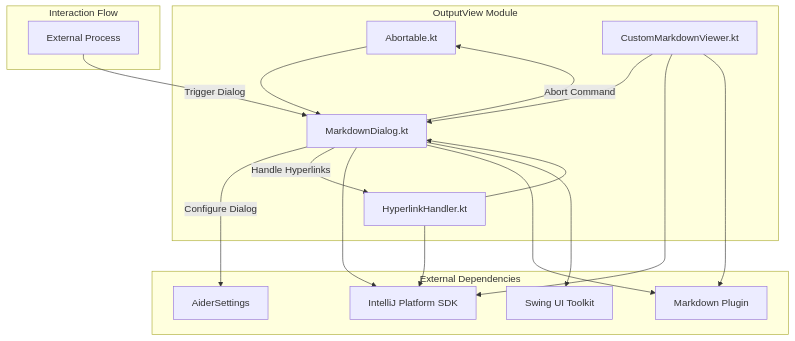
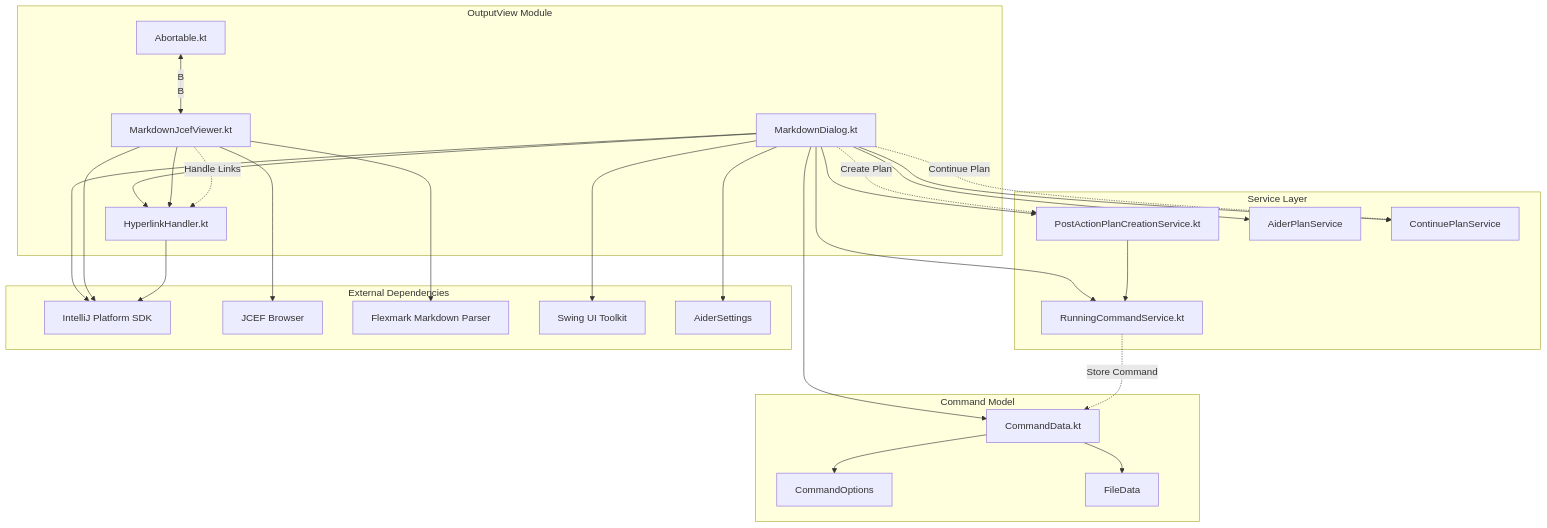
The diagram in src/main/kotlin/de/andrena/codingaider/outputview/outputview.md (p-wegner/coding-aider), drawn with Mermaid before and after one commit. The commit also changed other lines of this file, not shown here.

Commit message:
feat: Update outputview.md with comprehensive module documentation

````diff
--- a/src/main/kotlin/de/andrena/codingaider/outputview/outputview.md
+++ b/src/main/kotlin/de/andrena/codingaider/outputview/outputview.md
@@ -15,33 +17,63 @@
 ```mermaid
 graph TD
-    subgraph OutputView Module
+    subgraph "OutputView Module"
         A[Abortable.kt]
         B[MarkdownDialog.kt]
-        C[CustomMarkdownViewer.kt]
         D[HyperlinkHandler.kt]
+        E[MarkdownJcefViewer.kt]
     end
     
-    subgraph External Dependencies
-        E[IntelliJ Platform SDK]
-        F[Markdown Plugin]
-        G[Swing UI Toolkit]
-        H[AiderSettings]
+    subgraph "Service Layer"
+        F[RunningCommandService.kt]
+        G[PostActionPlanCreationService.kt]
+        H[AiderPlanService]
+        I[ContinuePlanService]
     end
     
-    subgraph Interaction Flow
-        I[External Process] -->|Trigger Dialog| B
-        B -->|Abort Command| A
-        B -->|Configure Dialog| H
-        B -->|Handle Hyperlinks| D
+    subgraph "Command Model"
+        J[CommandData.kt]
+        K[CommandOptions]
+        L[FileData]
     end
     
+    subgraph "External Dependencies"
+        M[IntelliJ Platform SDK]
+        N[JCEF Browser]
+        O[Flexmark Markdown Parser]
+        P[Swing UI Toolkit]
+        Q[AiderSettings]
+    end
+    
+    %% Core relationships
+    A <-- B
     B --> E
+    B --> D
+    E --> D
+    
+    %% Service interactions
     B --> F
     B --> G
-    A --> B
-    C --> B
-    C --> E
-    C --> F
-    D --> B
-    D --> E
+    B --> H
+    B --> I
+    G --> F
+    
+    %% Data model dependencies
+    B --> J
+    J --> K
+    J --> L
+    
+    %% External dependencies
+    B --> M
+    B --> P
+    B --> Q
+    E --> N
+    E --> O
+    E --> M
+    D --> M
+    
+    %% Interaction flows
+    F -.->|"Store Command"| J
+    B -.->|"Create Plan"| G
+    B -.->|"Continue Plan"| I
+    E -.->|"Handle Links"| D
 ```
````
